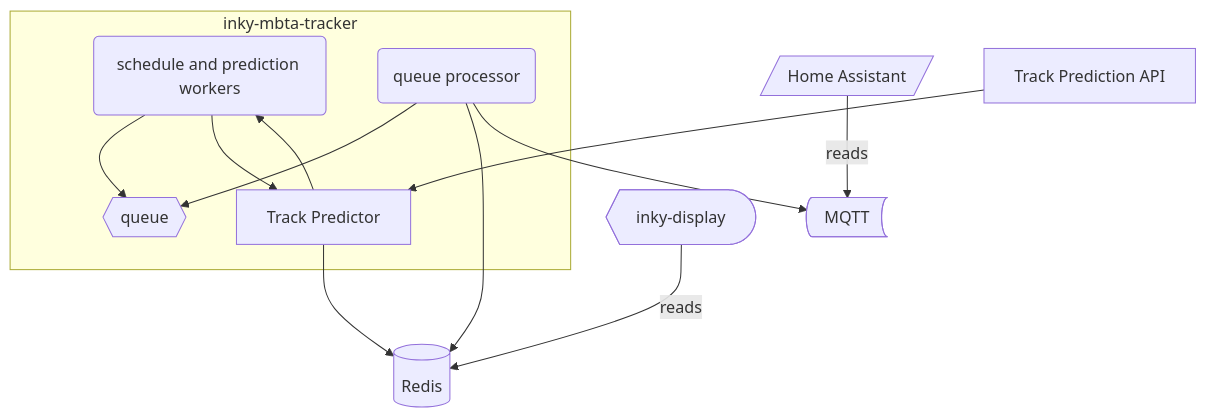
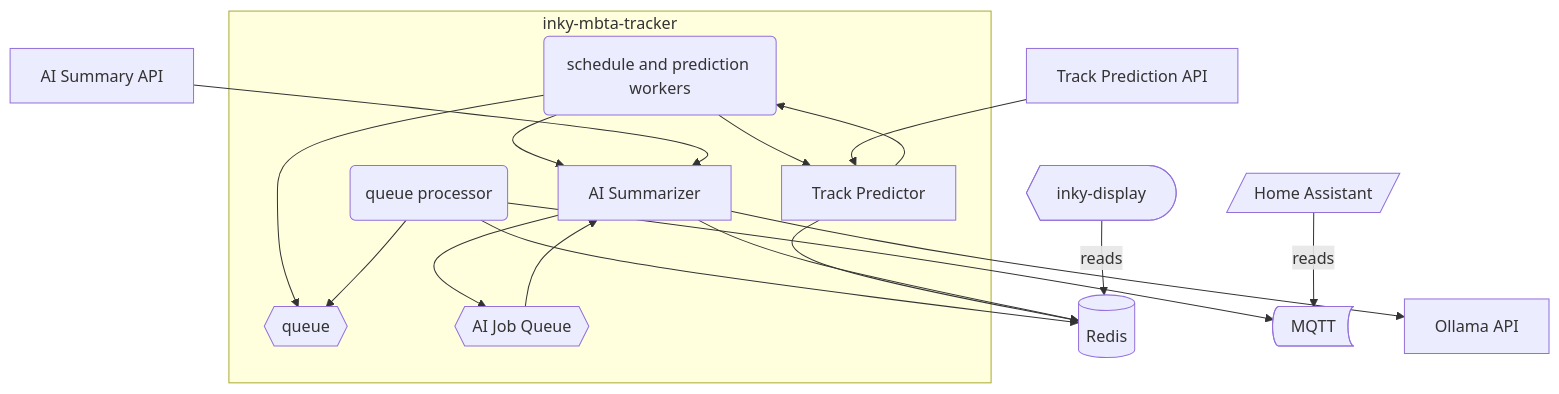
The diagram in README.md (cubismod/inky-mbta-tracker), drawn with Mermaid before and after one commit. The commit also changed other lines of this file and 6 other files, not shown here.

First line of the commit message:
Add AI Alert Summarizer feature using Ollama

````diff
--- a/README.md
+++ b/README.md
@@ -193,21 +744,29 @@
 ```mermaid
 flowchart TD
     subgraph inky-mbta-tracker
     B(schedule and prediction workers)
     D{{queue}}
     C(queue processor)
     TP[Track Predictor]
+    AI[AI Summarizer]
+    AQ{{AI Job Queue}}
     end
     B --> D
     C --> D
     B --> TP
     TP --> B
+    B --> AI
+    AI --> AQ
+    AQ --> AI
 
     C -->E@{ shape: cyl, label: "Redis"}
     C -->F@{ shape: bow-rect, label: "MQTT" }
     TP --> E
+    AI --> E
+    AI --> O[Ollama API]
 
     G@{ shape: curv-trap, label: "inky-display" } -->|reads| E
     H[/Home Assistant/] -->|reads| F
     I[Track Prediction API] --> TP
+    J[AI Summary API] --> AI
 ```
````
